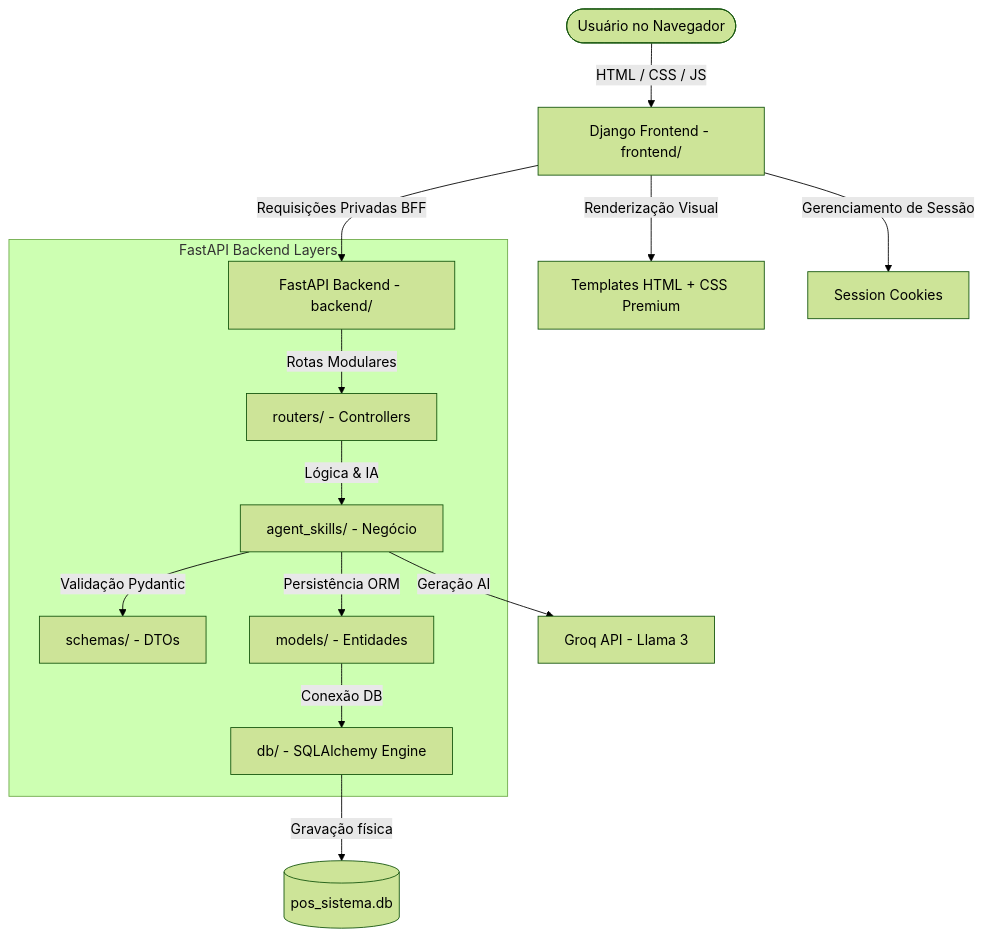
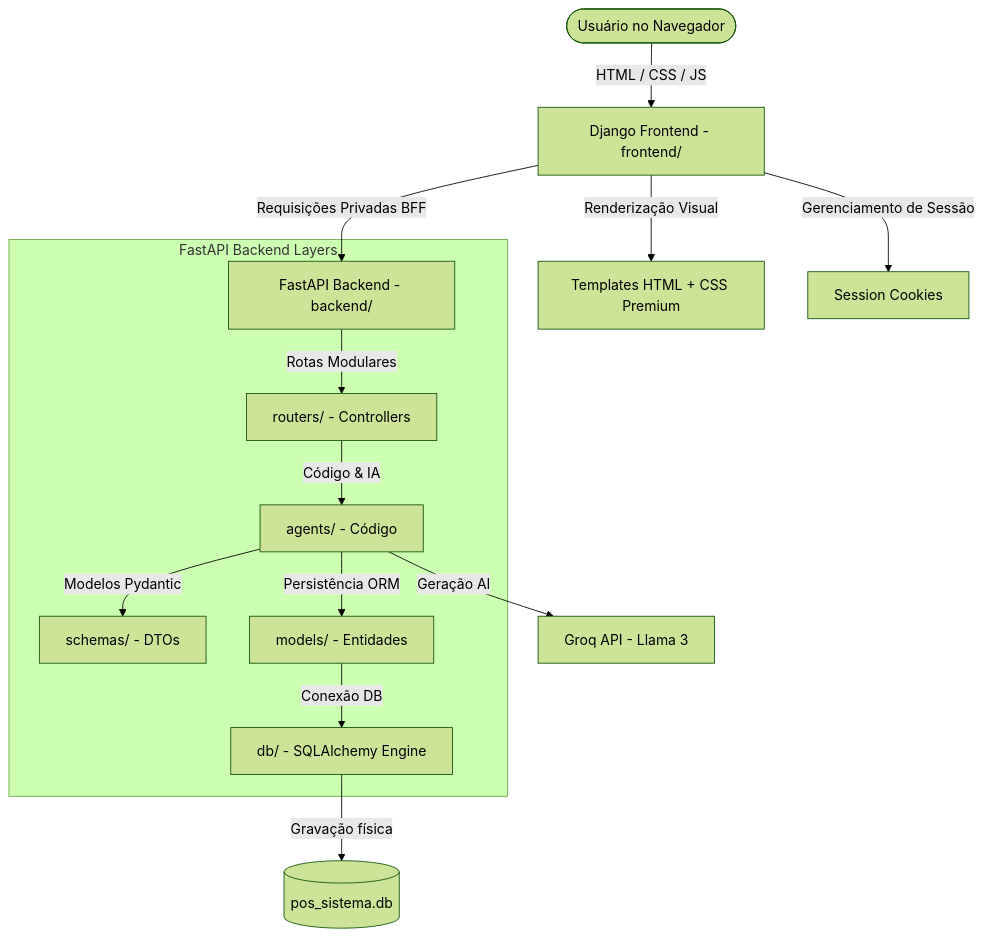
One commit to joseallangoncalves/django_fastapi changed the diagram in spec/01_arquitetura.md. Above: the diagram before and after it, drawn with Mermaid (forest theme). The commit also changed other lines of this file and 41 other files, not shown here.

````diff
--- a/spec/01_arquitetura.md
+++ b/spec/01_arquitetura.md
@@ -11,19 +11,19 @@
 ```mermaid
 graph TD
     User([Usuário no Navegador]) -->|HTML / CSS / JS| Django[Django Frontend - frontend/]
     Django -->|Renderização Visual| UI[Templates HTML + CSS Premium]
     Django -->|Gerenciamento de Sessão| Session[Session Cookies]
     
     Django -->|Requisições Privadas BFF| FastAPI[FastAPI Backend - backend/]
     
     subgraph FastAPI Backend Layers
         FastAPI -->|Rotas Modulares| Routers[routers/ - Controllers]
-        Routers -->|Lógica & IA| Skills[agent_skills/ - Negócio]
-        Skills -->|Validação Pydantic| Schemas[schemas/ - DTOs]
+        Routers -->|Código & IA| Skills[agents/ - Código]
+        Skills -->|Modelos Pydantic| Schemas[schemas/ - DTOs]
         Skills -->|Persistência ORM| Models[models/ - Entidades]
         Models -->|Conexão DB| DB[db/ - SQLAlchemy Engine]
     end
     
     DB -->|Gravação física| SQLite[(pos_sistema.db)]
     Skills -->|Geração AI| Groq[Groq API - Llama 3]
 ```
````
